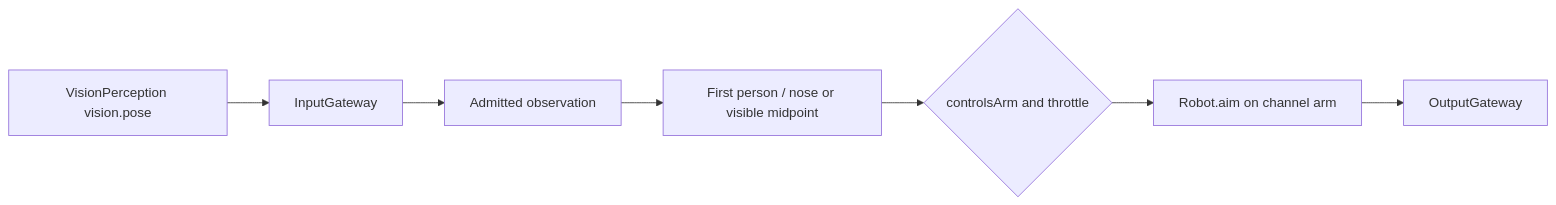
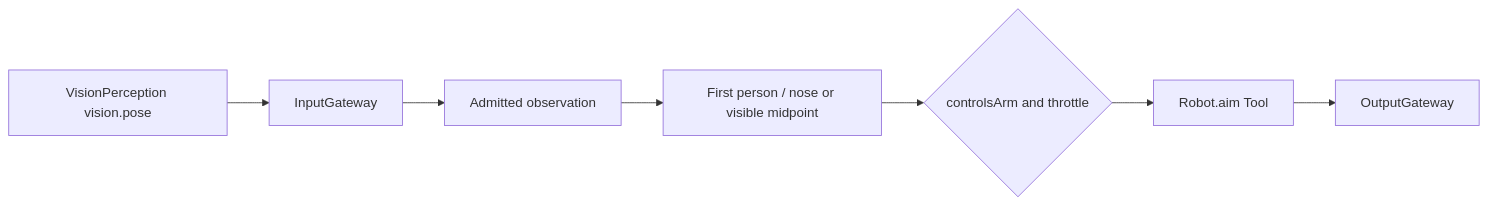
Before and after one commit to devilyouwei/MobileHarness: the diagram in MobileHarness/Agents/Photographer/README.md, drawn with Mermaid. The commit also changed other lines of this file and 31 other files, not shown here.

````diff
--- a/MobileHarness/Agents/Photographer/README.md
+++ b/MobileHarness/Agents/Photographer/README.md
@@ -5,9 +5,9 @@
 ```mermaid
 flowchart LR
     Vision[VisionPerception vision.pose] --> Input[InputGateway]
     Input --> Latest[Admitted observation]
     Latest --> Policy[First person / nose or visible midpoint]
     Policy --> Gate{controlsArm and throttle}
-    Gate --> Call[Robot.aim on channel arm]
+    Gate --> Call[Robot.aim Tool]
     Call --> Output[OutputGateway]
 ```
````
